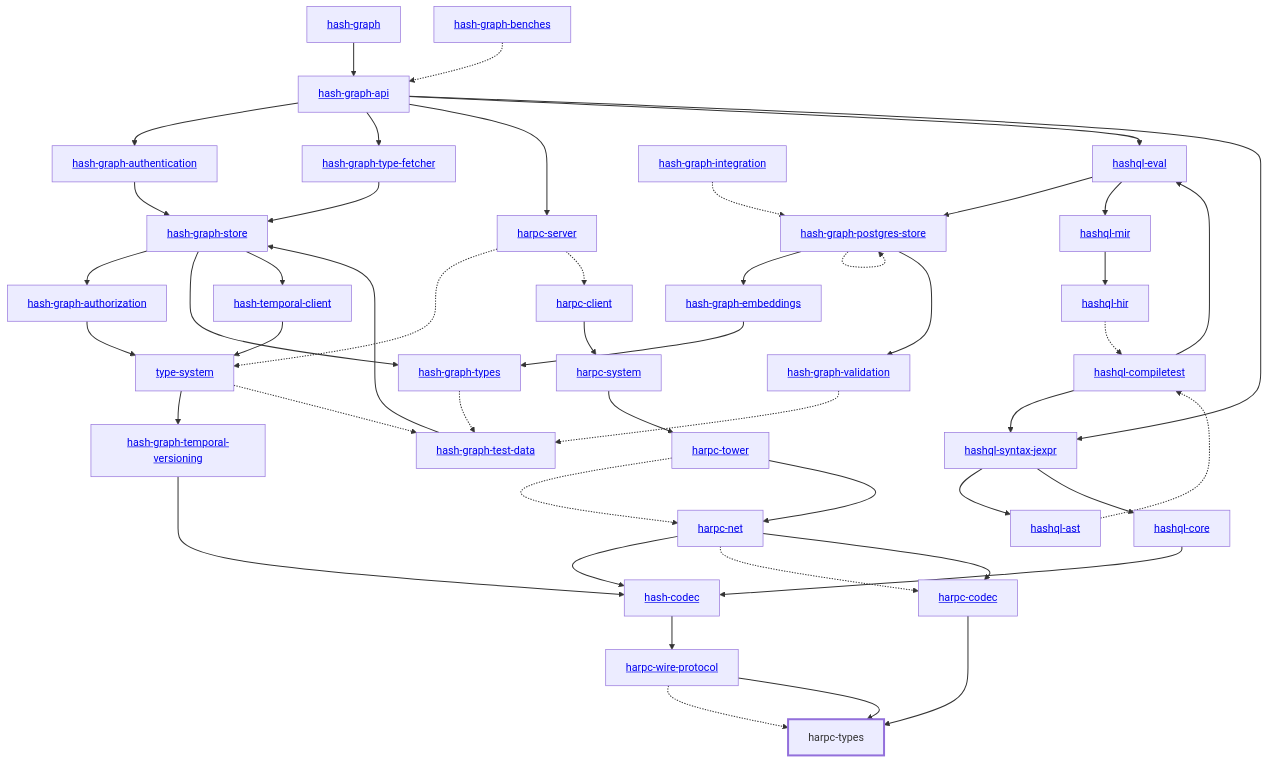
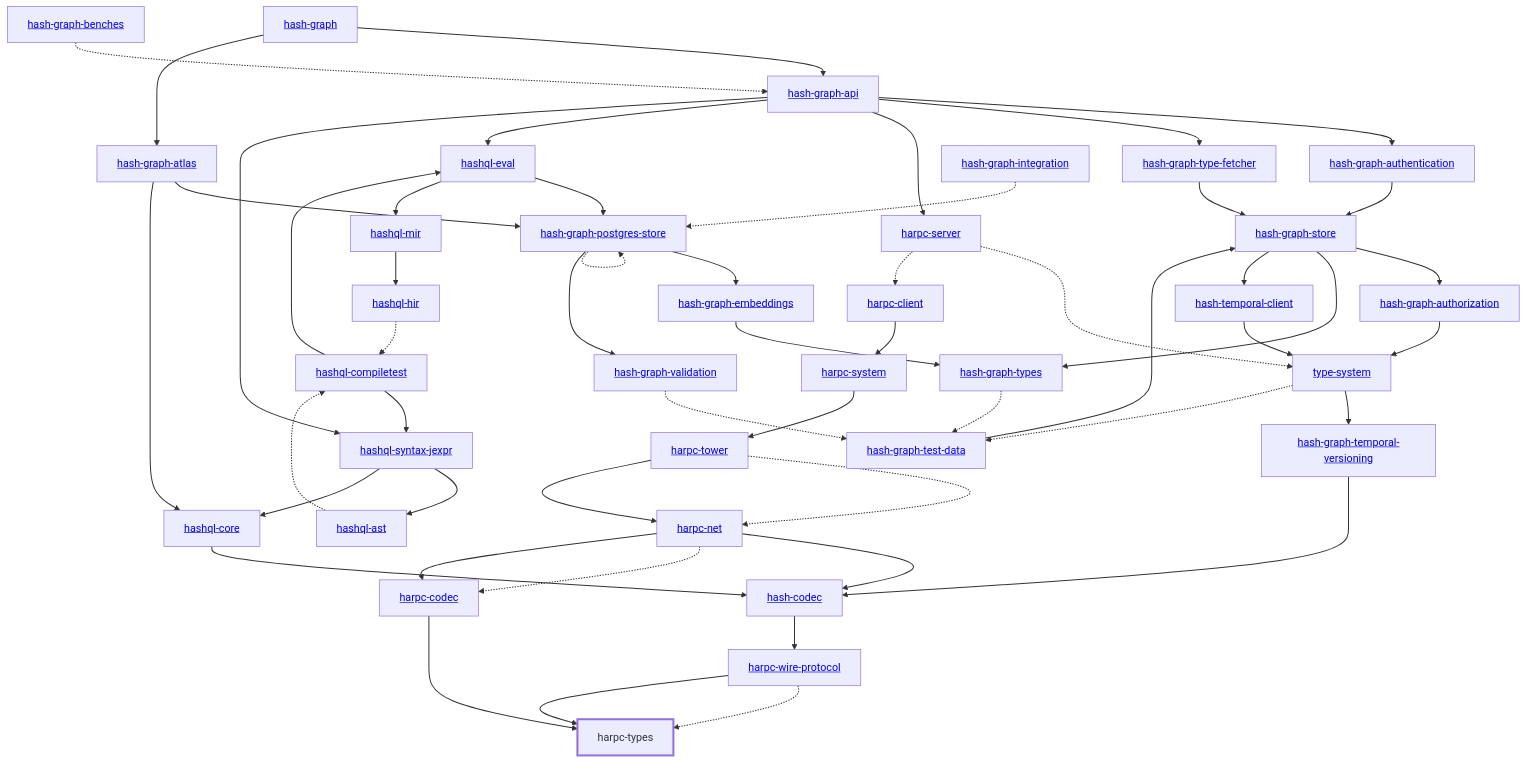
The diagram in libs/@local/harpc/types/docs/dependency-diagram.mmd (hashintel/hash), drawn with Mermaid before and after one commit. The commit also changed 28 other files, not shown here.

Commit message:
chore: update graph dependency diagrams

```diff
--- a/libs/@local/harpc/types/docs/dependency-diagram.mmd
+++ b/libs/@local/harpc/types/docs/dependency-diagram.mmd
@@ -1,91 +1,95 @@
 graph TD
     linkStyle default stroke-width:1.5px
     classDef default stroke-width:1px
     classDef root stroke-width:3px
     classDef dev stroke-width:1px
     classDef build stroke-width:1px
     %% Legend
     %% --> : Normal dependency
     %% -.-> : Dev dependency
     %% ---> : Build dependency
     0[<a href="../hash_graph/index.html">hash-graph</a>]
     1[<a href="../type_system/index.html">type-system</a>]
     2[<a href="../hash_codec/index.html">hash-codec</a>]
     3[<a href="../hash_graph_api/index.html">hash-graph-api</a>]
-    4[<a href="../hash_graph_authentication/index.html">hash-graph-authentication</a>]
-    5[<a href="../hash_graph_authorization/index.html">hash-graph-authorization</a>]
-    6[<a href="../hash_graph_embeddings/index.html">hash-graph-embeddings</a>]
-    7[<a href="../hash_graph_postgres_store/index.html">hash-graph-postgres-store</a>]
-    8[<a href="../hash_graph_store/index.html">hash-graph-store</a>]
-    9[<a href="../hash_graph_temporal_versioning/index.html">hash-graph-temporal-versioning</a>]
-    10[<a href="../hash_graph_type_fetcher/index.html">hash-graph-type-fetcher</a>]
-    11[<a href="../hash_graph_types/index.html">hash-graph-types</a>]
-    12[<a href="../hash_graph_validation/index.html">hash-graph-validation</a>]
-    13[<a href="../harpc_client/index.html">harpc-client</a>]
-    14[<a href="../harpc_codec/index.html">harpc-codec</a>]
-    15[<a href="../harpc_net/index.html">harpc-net</a>]
-    16[<a href="../harpc_server/index.html">harpc-server</a>]
-    17[<a href="../harpc_system/index.html">harpc-system</a>]
-    18[<a href="../harpc_tower/index.html">harpc-tower</a>]
-    19[harpc-types]
-    class 19 root
-    20[<a href="../harpc_wire_protocol/index.html">harpc-wire-protocol</a>]
-    21[<a href="../hashql_ast/index.html">hashql-ast</a>]
-    22[<a href="../hashql_compiletest/index.html">hashql-compiletest</a>]
-    23[<a href="../hashql_core/index.html">hashql-core</a>]
-    24[<a href="../hashql_eval/index.html">hashql-eval</a>]
-    25[<a href="../hashql_hir/index.html">hashql-hir</a>]
-    26[<a href="../hashql_mir/index.html">hashql-mir</a>]
-    27[<a href="../hashql_syntax_jexpr/index.html">hashql-syntax-jexpr</a>]
-    28[<a href="../hash_temporal_client/index.html">hash-temporal-client</a>]
-    29[<a href="../hash_graph_benches/index.html">hash-graph-benches</a>]
-    30[<a href="../hash_graph_integration/index.html">hash-graph-integration</a>]
-    31[<a href="../hash_graph_test_data/index.html">hash-graph-test-data</a>]
+    4[<a href="../hash_graph_atlas/index.html">hash-graph-atlas</a>]
+    5[<a href="../hash_graph_authentication/index.html">hash-graph-authentication</a>]
+    6[<a href="../hash_graph_authorization/index.html">hash-graph-authorization</a>]
+    7[<a href="../hash_graph_embeddings/index.html">hash-graph-embeddings</a>]
+    8[<a href="../hash_graph_postgres_store/index.html">hash-graph-postgres-store</a>]
+    9[<a href="../hash_graph_store/index.html">hash-graph-store</a>]
+    10[<a href="../hash_graph_temporal_versioning/index.html">hash-graph-temporal-versioning</a>]
+    11[<a href="../hash_graph_type_fetcher/index.html">hash-graph-type-fetcher</a>]
+    12[<a href="../hash_graph_types/index.html">hash-graph-types</a>]
+    13[<a href="../hash_graph_validation/index.html">hash-graph-validation</a>]
+    14[<a href="../harpc_client/index.html">harpc-client</a>]
+    15[<a href="../harpc_codec/index.html">harpc-codec</a>]
+    16[<a href="../harpc_net/index.html">harpc-net</a>]
+    17[<a href="../harpc_server/index.html">harpc-server</a>]
+    18[<a href="../harpc_system/index.html">harpc-system</a>]
+    19[<a href="../harpc_tower/index.html">harpc-tower</a>]
+    20[harpc-types]
+    class 20 root
+    21[<a href="../harpc_wire_protocol/index.html">harpc-wire-protocol</a>]
+    22[<a href="../hashql_ast/index.html">hashql-ast</a>]
+    23[<a href="../hashql_compiletest/index.html">hashql-compiletest</a>]
+    24[<a href="../hashql_core/index.html">hashql-core</a>]
+    25[<a href="../hashql_eval/index.html">hashql-eval</a>]
+    26[<a href="../hashql_hir/index.html">hashql-hir</a>]
+    27[<a href="../hashql_mir/index.html">hashql-mir</a>]
+    28[<a href="../hashql_syntax_jexpr/index.html">hashql-syntax-jexpr</a>]
+    29[<a href="../hash_temporal_client/index.html">hash-temporal-client</a>]
+    30[<a href="../hash_graph_benches/index.html">hash-graph-benches</a>]
+    31[<a href="../hash_graph_integration/index.html">hash-graph-integration</a>]
+    32[<a href="../hash_graph_test_data/index.html">hash-graph-test-data</a>]
     0 --> 3
-    1 --> 9
-    1 -.-> 31
-    2 --> 20
-    3 --> 4
-    3 --> 10
-    3 --> 16
-    3 --> 24
-    3 --> 27
+    0 --> 4
+    1 --> 10
+    1 -.-> 32
+    2 --> 21
+    3 --> 5
+    3 --> 11
+    3 --> 17
+    3 --> 25
+    3 --> 28
     4 --> 8
-    5 --> 1
-    6 --> 11
-    7 --> 6
-    7 -.-> 7
+    4 --> 24
+    5 --> 9
+    6 --> 1
     7 --> 12
-    8 --> 5
-    8 --> 11
-    8 --> 28
-    9 --> 2
-    10 --> 8
-    11 -.-> 31
-    12 -.-> 31
-    13 --> 17
-    14 --> 19
-    15 --> 2
-    15 -.-> 14
-    15 --> 14
-    16 -.-> 1
-    16 -.-> 13
-    17 --> 18
-    18 -.-> 15
-    18 --> 15
-    20 -.-> 19
-    20 --> 19
-    21 -.-> 22
-    22 --> 24
-    22 --> 27
-    23 --> 2
-    24 --> 7
-    24 --> 26
-    25 -.-> 22
-    26 --> 25
-    27 --> 21
-    27 --> 23
-    28 --> 1
-    29 -.-> 3
-    30 -.-> 7
-    31 --> 8
+    8 --> 7
+    8 -.-> 8
+    8 --> 13
+    9 --> 6
+    9 --> 12
+    9 --> 29
+    10 --> 2
+    11 --> 9
+    12 -.-> 32
+    13 -.-> 32
+    14 --> 18
+    15 --> 20
+    16 --> 2
+    16 -.-> 15
+    16 --> 15
+    17 -.-> 1
+    17 -.-> 14
+    18 --> 19
+    19 -.-> 16
+    19 --> 16
+    21 -.-> 20
+    21 --> 20
+    22 -.-> 23
+    23 --> 25
+    23 --> 28
+    24 --> 2
+    25 --> 8
+    25 --> 27
+    26 -.-> 23
+    27 --> 26
+    28 --> 22
+    28 --> 24
+    29 --> 1
+    30 -.-> 3
+    31 -.-> 8
+    32 --> 9
```
